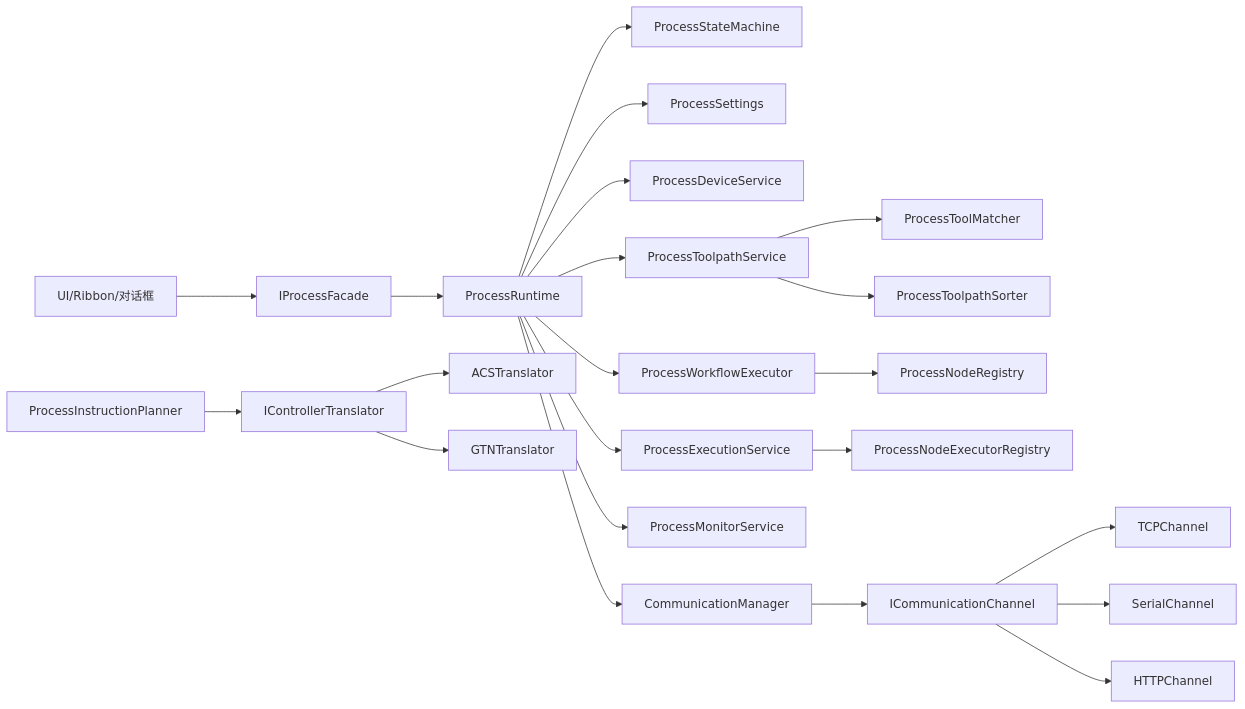
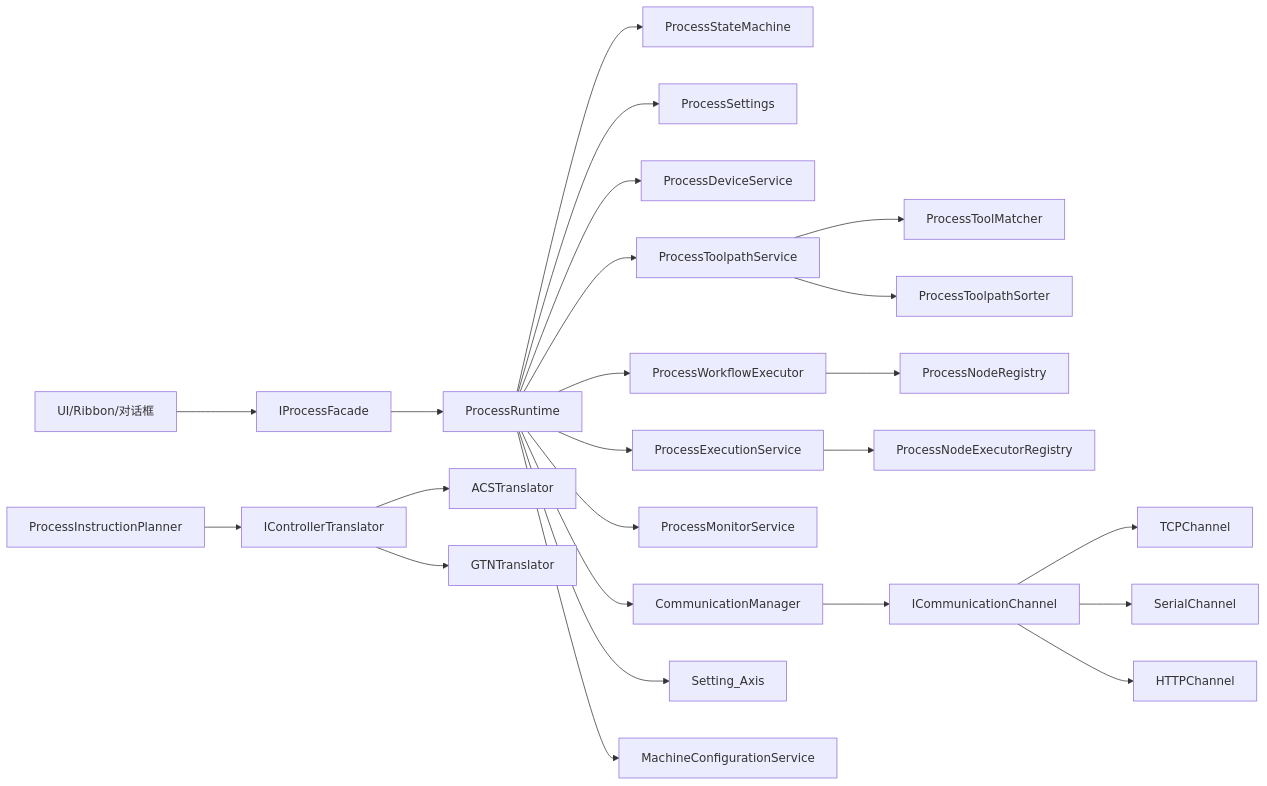
One commit to super1wang/LaserCNCv1.0 changed the second of 9 diagrams in .qoder/repowiki/zh/content/项目概述/模块设计/Process模块设计/Process模块设计.md. Above: the diagram before and after it, drawn with Mermaid. The commit also changed other lines of this file and 13 other files, not shown here.

````diff
--- a/.qoder/repowiki/zh/content/项目概述/模块设计/Process模块设计/Process模块设计.md
+++ b/.qoder/repowiki/zh/content/项目概述/模块设计/Process模块设计/Process模块设计.md
@@ -179,24 +207,26 @@
 ```mermaid
 graph LR
 UI["UI/Ribbon/对话框"] --> IF["IProcessFacade"]
 IF --> PR["ProcessRuntime"]
 PR --> PSM["ProcessStateMachine"]
 PR --> PS["ProcessSettings"]
 PR --> PD["ProcessDeviceService"]
 PR --> PTS["ProcessToolpathService"]
 PR --> PWS["ProcessWorkflowExecutor"]
 PR --> PES["ProcessExecutionService"]
 PR --> PMS["ProcessMonitorService"]
 PR --> PCM["CommunicationManager"]
+PR --> SA["Setting_Axis"]
+PR --> MC["MachineConfigurationService"]
 PTS --> PTM["ProcessToolMatcher"]
 PTS --> STS["ProcessToolpathSorter"]
 PWS --> PNR["ProcessNodeRegistry"]
 PES --> PNER["ProcessNodeExecutorRegistry"]
 PIP["ProcessInstructionPlanner"] --> ICT["IControllerTranslator"]
 ICT --> ACT["ACSTranslator"]
 ICT --> GNT["GTNTranslator"]
 PCM --> ICC["ICommunicationChannel"]
 ICC --> TCP["TCPChannel"]
 ICC --> SRL["SerialChannel"]
 ICC --> HTTP["HTTPChannel"]
 ```
````
